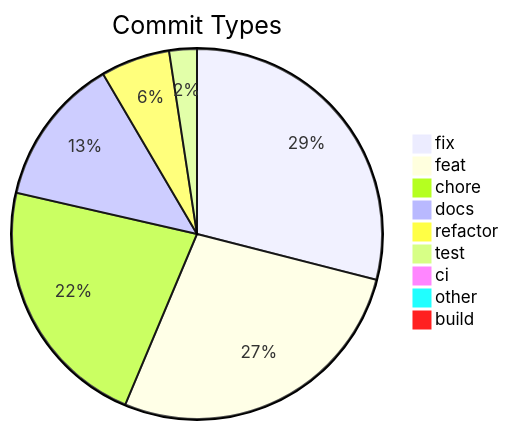
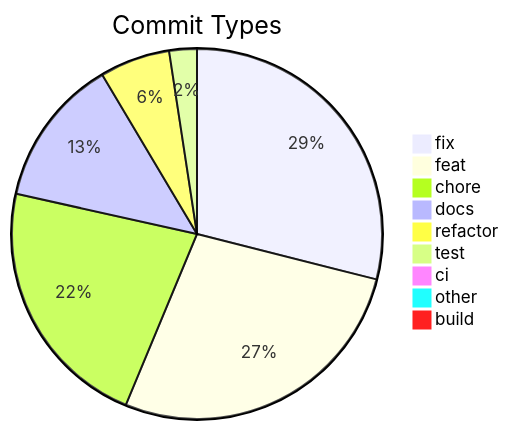
One commit to svenroth-ai/shipwright changed the diagram in .shipwright/compliance/change-history.md. Above: the diagram before and after it, drawn with Mermaid. The commit also changed other lines of this file and 23 other files, not shown here.

````diff
--- a/.shipwright/compliance/change-history.md
+++ b/.shipwright/compliance/change-history.md
@@ -8,12 +8,12 @@
 ```mermaid
 pie title Commit Types
     "fix" : 288
     "feat" : 272
     "chore" : 221
     "docs" : 129
-    "refactor" : 60
+    "refactor" : 61
     "test" : 24
     "ci" : 7
     "other" : 7
     "build" : 1
 ```
````
